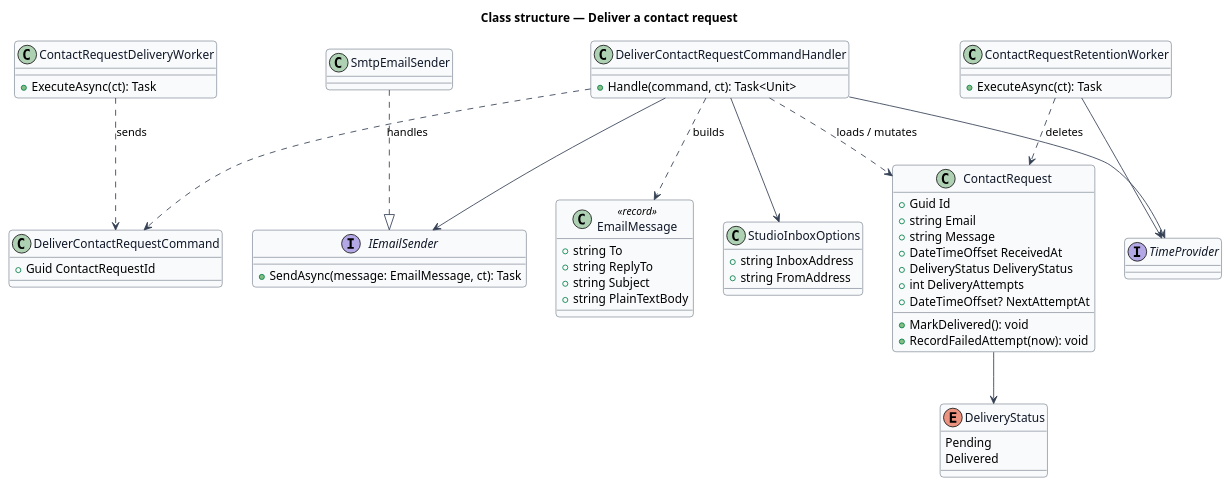
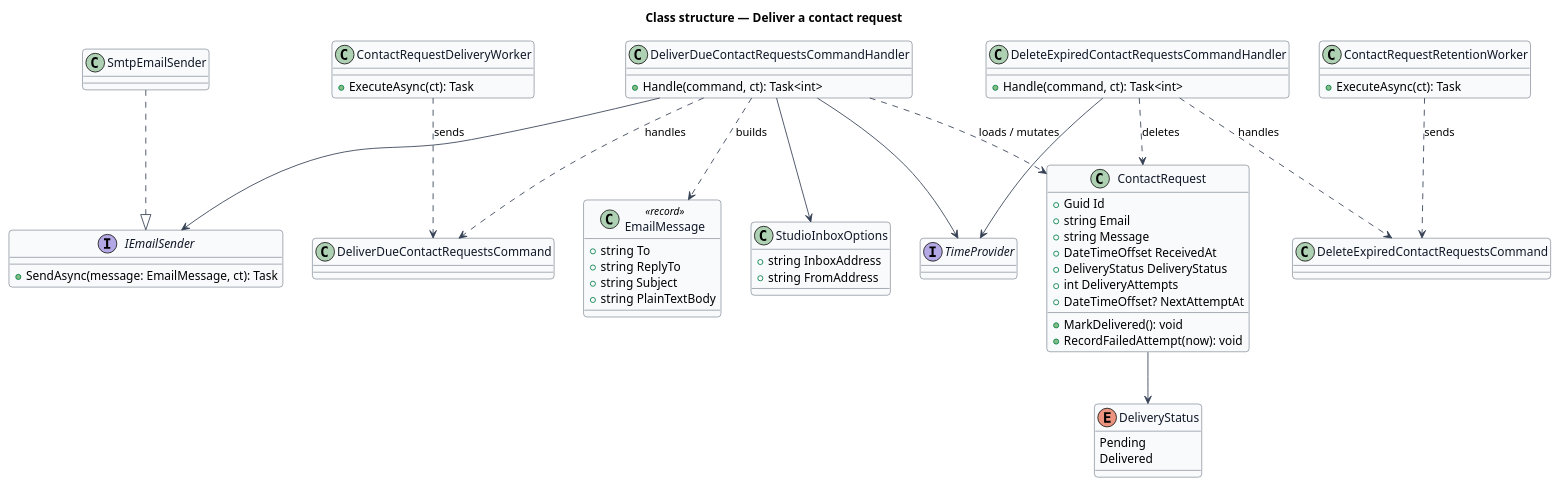
Before and after one commit to QuinntyneBrown/goodwork: the diagram in docs/detailed-designs/contact/deliver-contact-request/diagrams/class-structure.puml, drawn with PlantUML. The commit also changed 196 other files, not shown here.

```diff
--- a/docs/detailed-designs/contact/deliver-contact-request/diagrams/class-structure.puml
+++ b/docs/detailed-designs/contact/deliver-contact-request/diagrams/class-structure.puml
@@ -1,67 +1,71 @@
 @startuml
 skinparam backgroundColor #FFFFFF
 skinparam shadowing false
 skinparam roundcorner 8
 skinparam defaultFontName Arial
 skinparam ArrowColor #344054
 skinparam class {
   BorderColor #344054
   FontColor #101828
   BackgroundColor #F9FAFB
 }
 title Class structure — Deliver a contact request
 
 class ContactRequestDeliveryWorker {
   +ExecuteAsync(ct): Task
 }
-class DeliverContactRequestCommand {
-  +Guid ContactRequestId
+class DeliverDueContactRequestsCommand
+class DeleteExpiredContactRequestsCommand
+class DeliverDueContactRequestsCommandHandler {
+  +Handle(command, ct): Task<int>
 }
-class DeliverContactRequestCommandHandler {
-  +Handle(command, ct): Task<Unit>
+class DeleteExpiredContactRequestsCommandHandler {
+  +Handle(command, ct): Task<int>
 }
 interface IEmailSender {
   +SendAsync(message: EmailMessage, ct): Task
 }
 class SmtpEmailSender
 class EmailMessage <<record>> {
   +string To
   +string ReplyTo
   +string Subject
   +string PlainTextBody
 }
 class StudioInboxOptions {
   +string InboxAddress
   +string FromAddress
 }
 class ContactRequestRetentionWorker {
   +ExecuteAsync(ct): Task
 }
 class ContactRequest {
   +Guid Id
   +string Email
   +string Message
   +DateTimeOffset ReceivedAt
   +DeliveryStatus DeliveryStatus
   +int DeliveryAttempts
   +DateTimeOffset? NextAttemptAt
   +MarkDelivered(): void
   +RecordFailedAttempt(now): void
 }
 enum DeliveryStatus {
   Pending
   Delivered
 }
 interface TimeProvider
-ContactRequestDeliveryWorker ..> DeliverContactRequestCommand : sends
-DeliverContactRequestCommandHandler ..> DeliverContactRequestCommand : handles
-DeliverContactRequestCommandHandler --> IEmailSender
-DeliverContactRequestCommandHandler --> StudioInboxOptions
-DeliverContactRequestCommandHandler --> TimeProvider
-DeliverContactRequestCommandHandler ..> ContactRequest : loads / mutates
-DeliverContactRequestCommandHandler ..> EmailMessage : builds
+ContactRequestDeliveryWorker ..> DeliverDueContactRequestsCommand : sends
+DeliverDueContactRequestsCommandHandler ..> DeliverDueContactRequestsCommand : handles
+ContactRequestRetentionWorker ..> DeleteExpiredContactRequestsCommand : sends
+DeleteExpiredContactRequestsCommandHandler ..> DeleteExpiredContactRequestsCommand : handles
+DeleteExpiredContactRequestsCommandHandler --> TimeProvider
+DeleteExpiredContactRequestsCommandHandler ..> ContactRequest : deletes
+DeliverDueContactRequestsCommandHandler --> IEmailSender
+DeliverDueContactRequestsCommandHandler --> StudioInboxOptions
+DeliverDueContactRequestsCommandHandler --> TimeProvider
+DeliverDueContactRequestsCommandHandler ..> ContactRequest : loads / mutates
+DeliverDueContactRequestsCommandHandler ..> EmailMessage : builds
 SmtpEmailSender ..|> IEmailSender
-ContactRequestRetentionWorker --> TimeProvider
-ContactRequestRetentionWorker ..> ContactRequest : deletes
 ContactRequest --> DeliveryStatus
 @enduml
```
